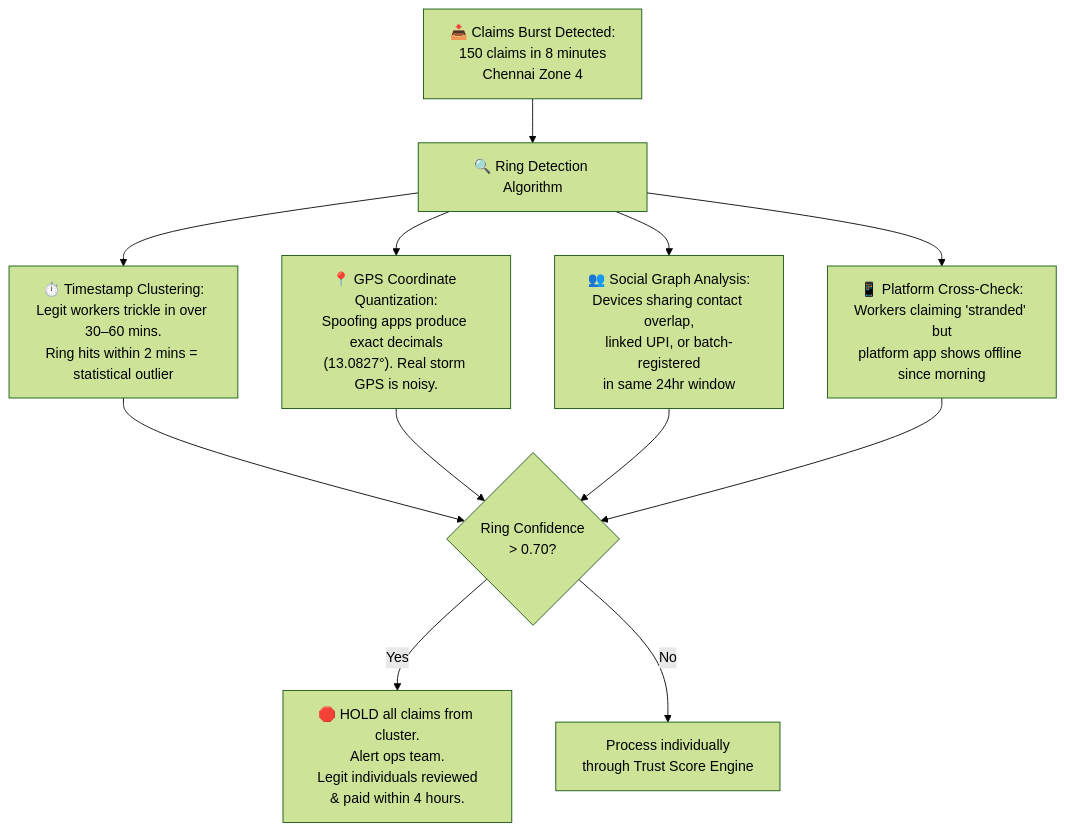
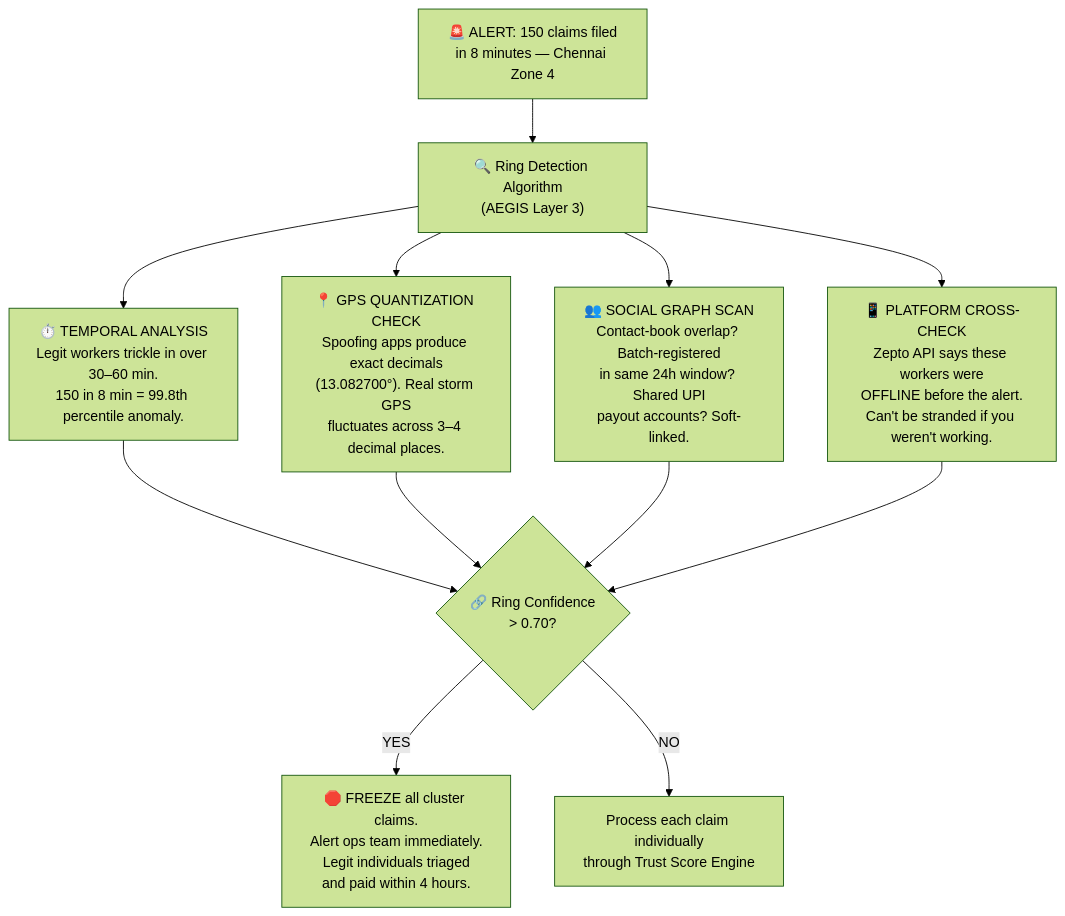
Before and after one commit to rox-dev6/gw: the fifth of 8 diagrams in README.md, drawn with Mermaid (forest theme). The commit also changed other lines of this file, not shown here.

````diff
--- a/README.md
+++ b/README.md
@@ -341,13 +447,13 @@
 ```mermaid
 flowchart TD
-    A["📥 Claims Burst Detected:\n150 claims in 8 minutes\nChennai Zone 4"] --> B["🔍 Ring Detection Algorithm"]
+    A["🚨 ALERT: 150 claims filed\nin 8 minutes — Chennai Zone 4"] --> B["🔍 Ring Detection Algorithm\n(AEGIS Layer 3)"]
 
-    B --> C["⏱️ Timestamp Clustering:\nLegit workers trickle in over 30–60 mins.\nRing hits within 2 mins = statistical outlier"]
-    B --> D["📍 GPS Coordinate Quantization:\nSpoofing apps produce exact decimals\n(13.0827°). Real storm GPS is noisy."]
-    B --> E["👥 Social Graph Analysis:\nDevices sharing contact overlap,\nlinked UPI, or batch-registered\nin same 24hr window"]
-    B --> F["📱 Platform Cross-Check:\nWorkers claiming 'stranded' but\nplatform app shows offline since morning"]
+    B --> C["⏱️ TEMPORAL ANALYSIS\nLegit workers trickle in over 30–60 min.\n150 in 8 min = 99.8th percentile anomaly."]
+    B --> D["📍 GPS QUANTIZATION CHECK\nSpoofing apps produce exact decimals\n(13.082700°). Real storm GPS\nfluctuates across 3–4 decimal places."]
+    B --> E["👥 SOCIAL GRAPH SCAN\nContact-book overlap? Batch-registered\nin same 24h window? Shared UPI\npayout accounts? Soft-linked."]
+    B --> F["📱 PLATFORM CROSS-CHECK\nZepto API says these workers were\nOFFLINE before the alert.\nCan't be stranded if you weren't working."]
 
-    C & D & E & F --> G{"Ring Confidence\n> 0.70?"}
-    G -->|Yes| H["🛑 HOLD all claims from cluster.\nAlert ops team.\nLegit individuals reviewed\n& paid within 4 hours."]
-    G -->|No| I["Process individually\nthrough Trust Score Engine"]
+    C & D & E & F --> G{"🔗 Ring Confidence\n> 0.70?"}
+    G -->|"YES"| H["🛑 FREEZE all cluster claims.\nAlert ops team immediately.\nLegit individuals triaged\nand paid within 4 hours."]
+    G -->|"NO"| I["Process each claim individually\nthrough Trust Score Engine"]
 ```
````
